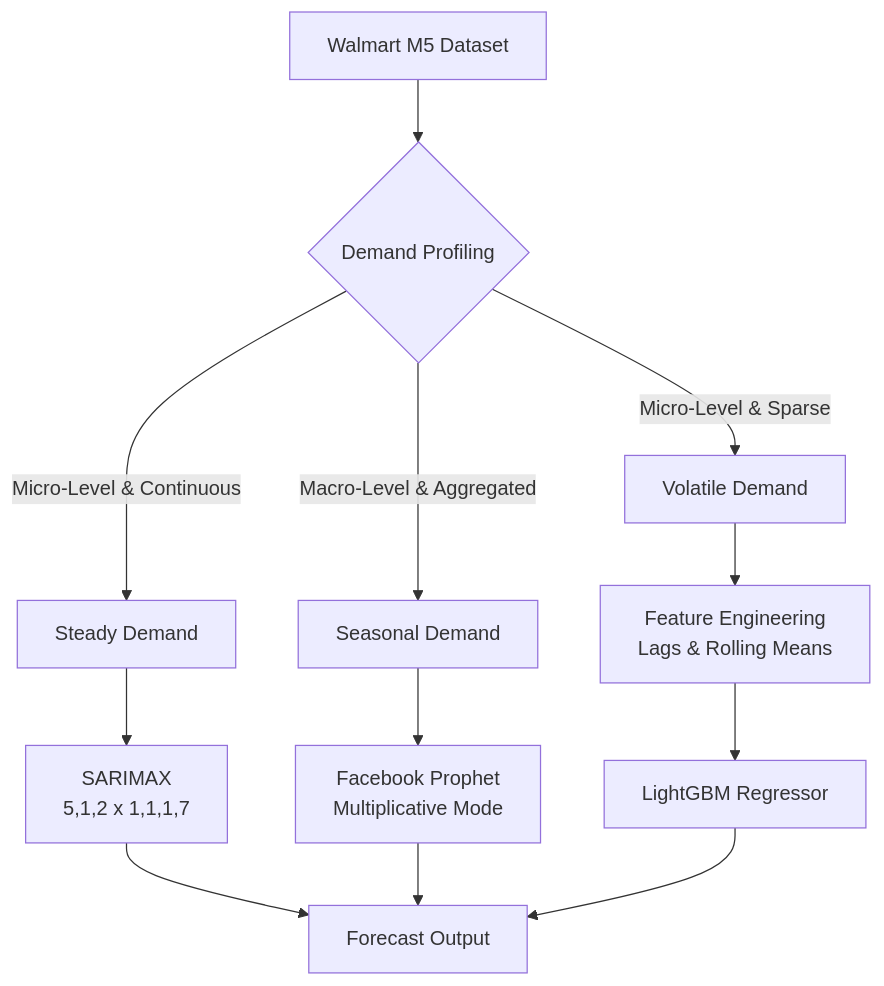
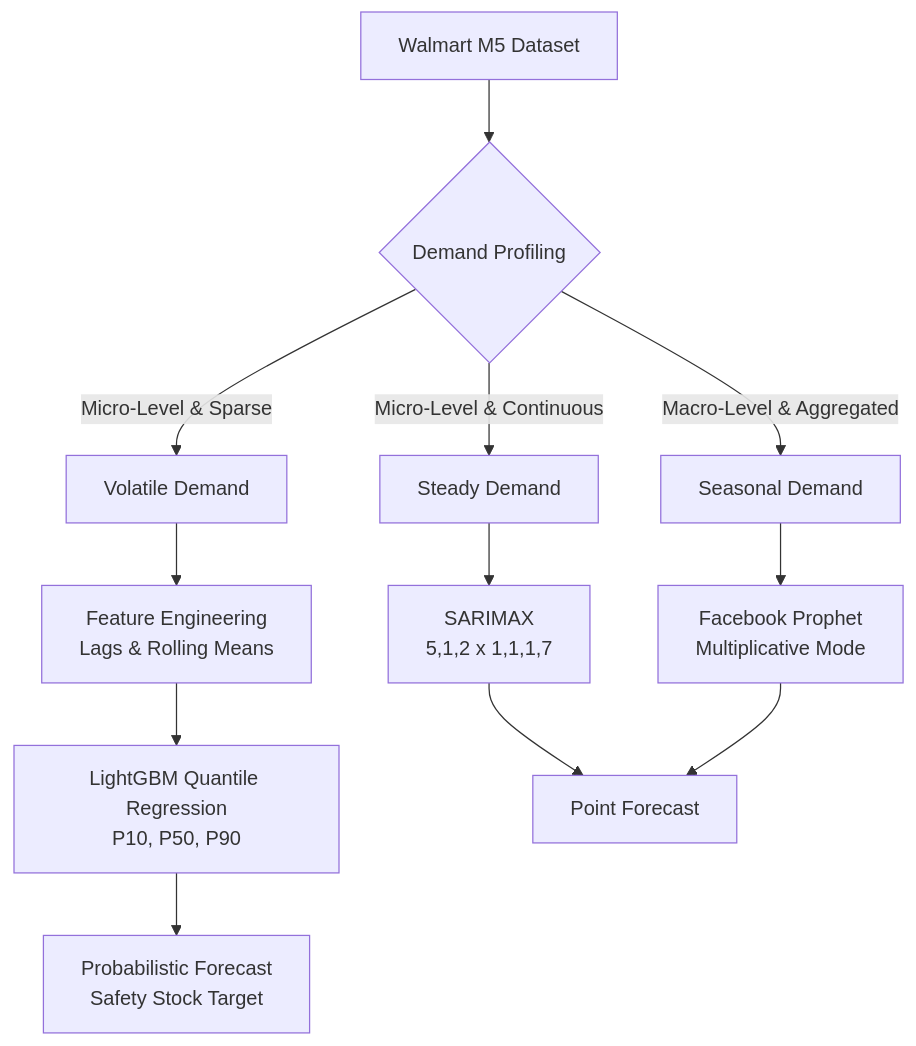
The diagram in 03_Retail_Demand_Forecasting/README.md (Cokaine29/IEOR_AI_ML_DS_Projects), drawn with Mermaid before and after one commit. The commit also changed other lines of this file and 2 other files, not shown here.

Commit message:
Upgrade Project 3 with Probabilistic Forecasting (Quantile Regression)

````diff
--- a/03_Retail_Demand_Forecasting/README.md
+++ b/03_Retail_Demand_Forecasting/README.md
@@ -22,18 +28,18 @@
 ```mermaid
 graph TD
     A[Walmart M5 Dataset] --> B{Demand Profiling}
     
     B -->|Micro-Level & Continuous| C[Steady Demand]
     B -->|Macro-Level & Aggregated| D[Seasonal Demand]
     B -->|Micro-Level & Sparse| E[Volatile Demand]
     
     C --> F[SARIMAX<br/>5,1,2 x 1,1,1,7]
     D --> G[Facebook Prophet<br/>Multiplicative Mode]
     
     E --> H[Feature Engineering<br/>Lags & Rolling Means]
-    H --> I[LightGBM Regressor]
+    H --> I[LightGBM Quantile Regression<br/>P10, P50, P90]
     
-    F --> J[Forecast Output]
+    F --> J[Point Forecast]
     G --> J
-    I --> J
+    I --> K[Probabilistic Forecast<br/>Safety Stock Target]
 ```
````
